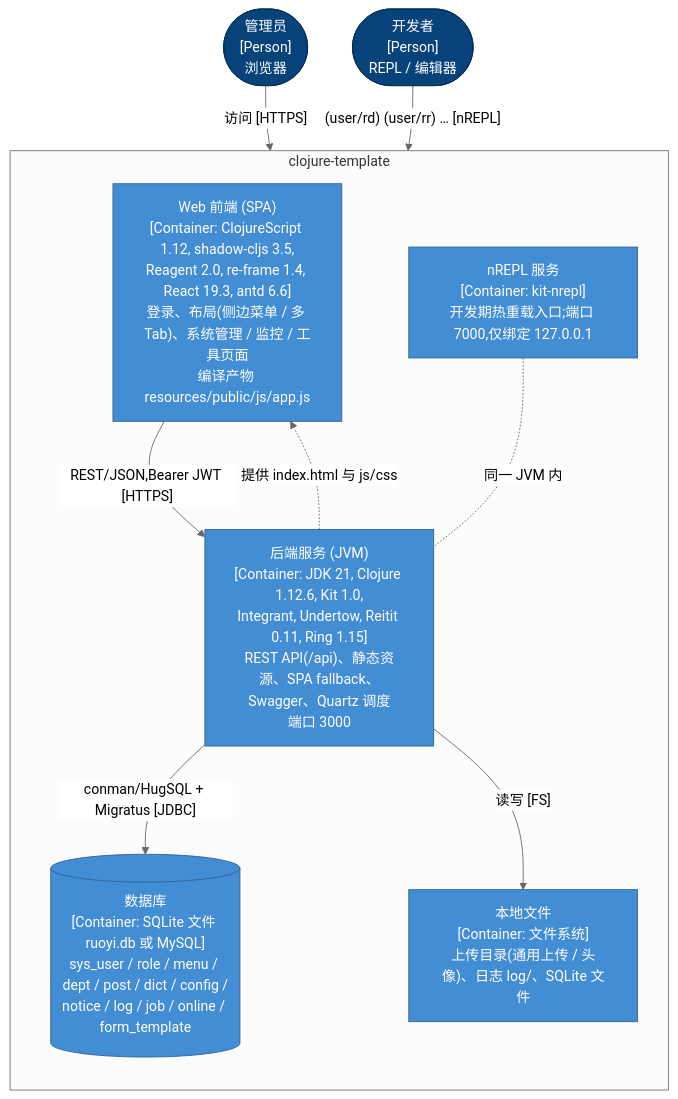
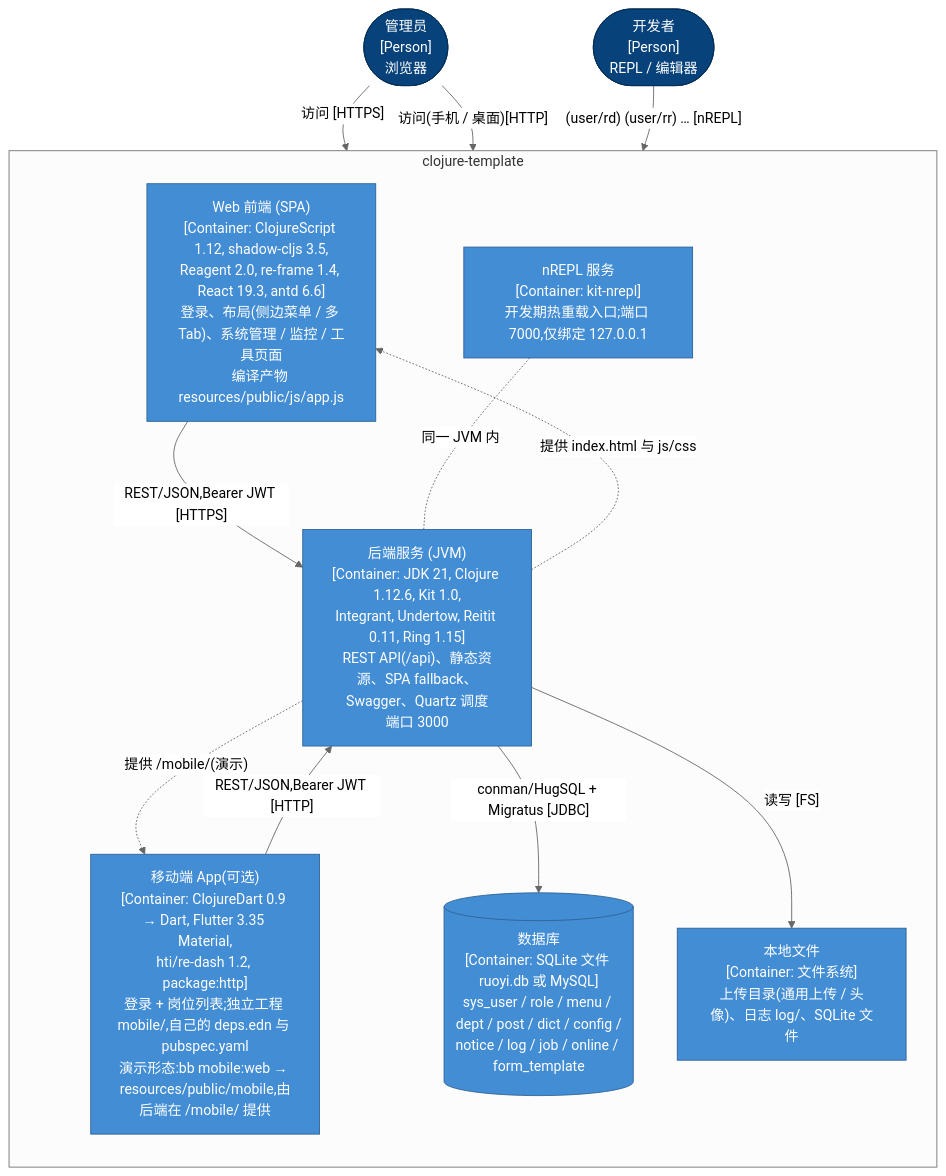
Before and after one commit to RedCreationTech/clj-cljs-template: the second of 16 diagrams in docs/architecture/c4-model.org, drawn with Mermaid (neutral theme). The commit also changed other lines of this file and 14 other files, not shown here.

First line of the commit message:
docs(architecture): 设计文档补上移动端这一层,并清掉本文里 5 处过期助手

```diff
--- a/docs/architecture/c4-model.org
+++ b/docs/architecture/c4-model.org
@@ -94,22 +100,26 @@
 #+begin_src mermaid :file img/c4-containers.svg :exports results
 flowchart TB
   admin(["管理员<br/>[Person]<br/>浏览器"]):::person
   dev(["开发者<br/>[Person]<br/>REPL / 编辑器"]):::person
   subgraph SYS["clojure-template"]
     direction TB
     spa["Web 前端 (SPA)<br/>[Container: ClojureScript 1.12, shadow-cljs 3.5,<br/>Reagent 2.0, re-frame 1.4, React 19.3, antd 6.6]<br/>登录、布局(侧边菜单 / 多 Tab)、系统管理 / 监控 / 工具页面<br/>编译产物 resources/public/js/app.js"]:::container
+    mobile["移动端 App(可选)<br/>[Container: ClojureDart 0.9 → Dart, Flutter 3.35 Material,<br/>hti/re-dash 1.2, package:http]<br/>登录 + 岗位列表;独立工程 mobile/,自己的 deps.edn 与 pubspec.yaml<br/>演示形态:bb mobile:web → resources/public/mobile,由后端在 /mobile/ 提供"]:::container
     backend["后端服务 (JVM)<br/>[Container: JDK 21, Clojure 1.12.6, Kit 1.0,<br/>Integrant, Undertow, Reitit 0.11, Ring 1.15]<br/>REST API(/api)、静态资源、SPA fallback、Swagger、Quartz 调度<br/>端口 3000"]:::container
     nrepl["nREPL 服务<br/>[Container: kit-nrepl]<br/>开发期热重载入口;端口 7000,仅绑定 127.0.0.1"]:::container
     db[("数据库<br/>[Container: SQLite 文件 ruoyi.db 或 MySQL]<br/>sys_user / role / menu / dept / post / dict / config /<br/>notice / log / job / online / form_template")]:::container
     fs["本地文件<br/>[Container: 文件系统]<br/>上传目录(通用上传 / 头像)、日志 log/、SQLite 文件"]:::container
   end
   admin -- "访问 [HTTPS]" --> spa
+  admin -- "访问(手机 / 桌面)[HTTP]" --> mobile
   spa -- "REST/JSON,Bearer JWT [HTTPS]" --> backend
+  mobile -- "REST/JSON,Bearer JWT [HTTP]" --> backend
   backend -. "提供 index.html 与 js/css" .-> spa
+  backend -. "提供 /mobile/(演示)" .-> mobile
   dev -- "(user/rd) (user/rr) … [nREPL]" --> nrepl
   nrepl -. 同一 JVM 内 .- backend
   backend -- "conman/HugSQL + Migratus [JDBC]" --> db
   backend -- "读写 [FS]" --> fs
   classDef person fill:#08427b,stroke:#052e56,color:#fff
   classDef container fill:#438dd5,stroke:#2e6295,color:#fff
 #+end_src
```
